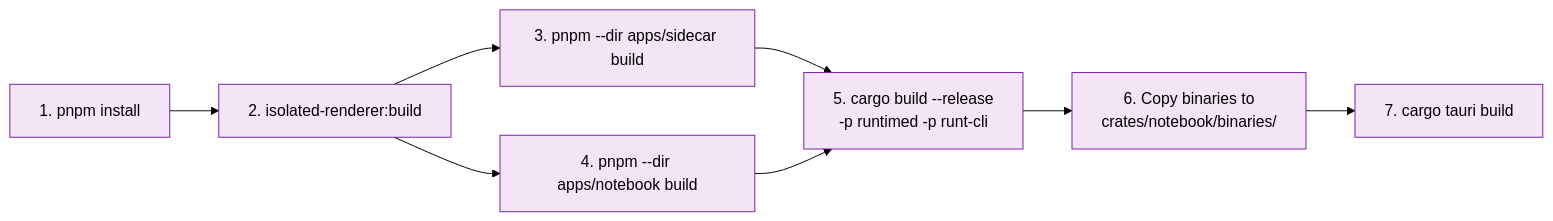
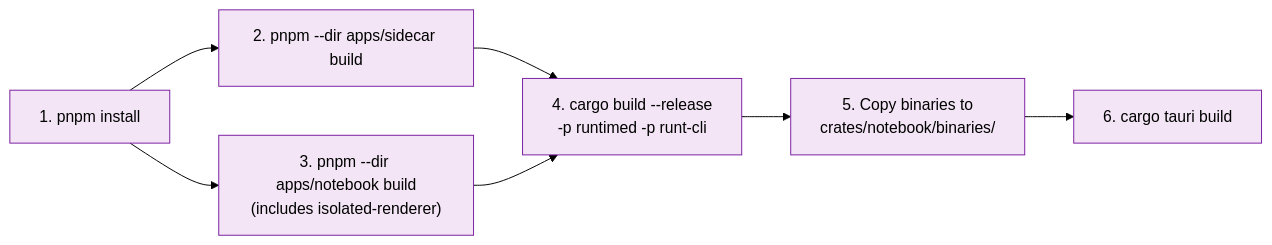
The second of 3 diagrams in contributing/build-dependencies.md (runtimed/runt), drawn with Mermaid (forest theme) before and after one commit. The commit also changed other lines of this file and 61 other files, not shown here.

````diff
--- a/contributing/build-dependencies.md
+++ b/contributing/build-dependencies.md
@@ -81,13 +75,12 @@
 ```mermaid
 graph LR
-    A["1. pnpm install"] --> B["2. isolated-renderer:build"]
-    B --> C["3. pnpm --dir apps/sidecar build"]
-    B --> D["4. pnpm --dir apps/notebook build"]
-    C --> E["5. cargo build --release<br/>-p runtimed -p runt-cli"]
-    D --> E
-    E --> F["6. Copy binaries to<br/>crates/notebook/binaries/"]
-    F --> G["7. cargo tauri build"]
+    A["1. pnpm install"] --> B["2. pnpm --dir apps/sidecar build"]
+    A --> C["3. pnpm --dir apps/notebook build<br/>(includes isolated-renderer)"]
+    B --> D["4. cargo build --release<br/>-p runtimed -p runt-cli"]
+    C --> D
+    D --> E["5. Copy binaries to<br/>crates/notebook/binaries/"]
+    E --> F["6. cargo tauri build"]
 
     classDef step fill:#f3e5f5,stroke:#7b1fa2
-    class A,B,C,D,E,F,G step
+    class A,B,C,D,E,F step
 ```
````
